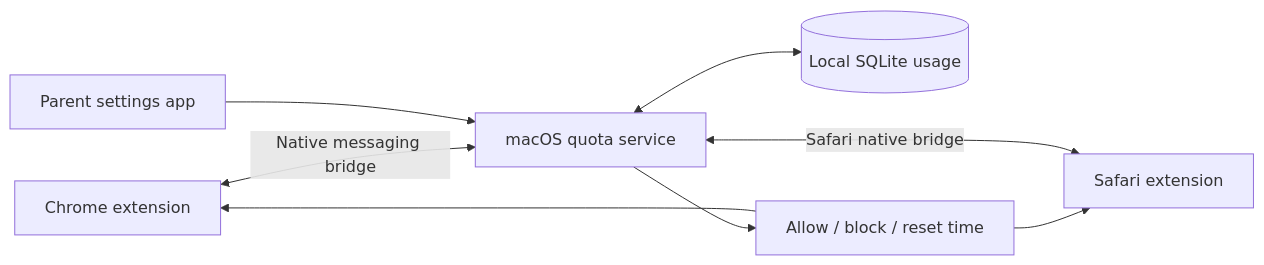
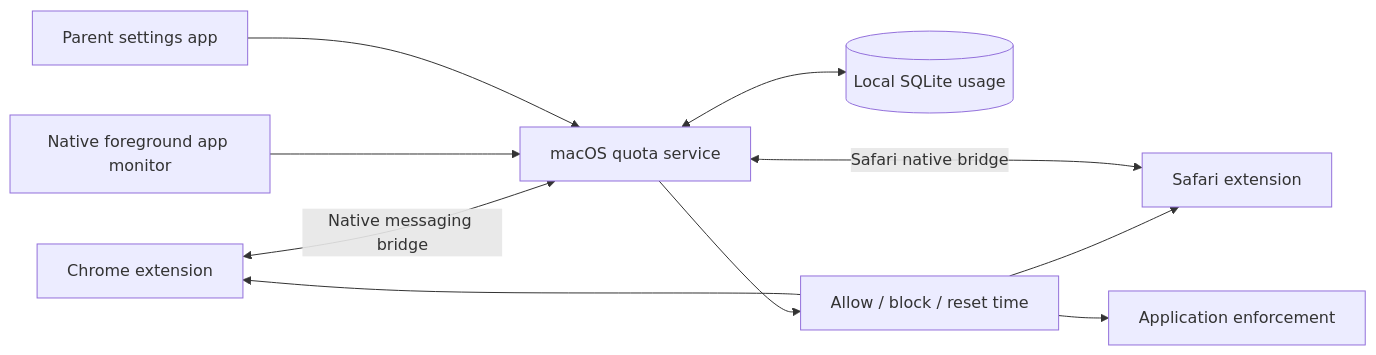
Before and after one commit to unixist/kids-quota: the diagram in README.md, drawn with Mermaid. The commit also changed other lines of this file and 2 other files, not shown here.

Commit message:
Specify shared website and macOS app quotas

````diff
--- a/README.md
+++ b/README.md
@@ -27,10 +32,12 @@
 ```mermaid
 flowchart LR
     C[Chrome extension] <-->|Native messaging bridge| Q[macOS quota service]
     S[Safari extension] <-->|Safari native bridge| Q
+    A[Native foreground app monitor] --> Q
     U[Parent settings app] --> Q
     Q <--> D[(Local SQLite usage)]
     Q --> P[Allow / block / reset time]
     P --> C
     P --> S
+    P --> E[Application enforcement]
 ```
````
